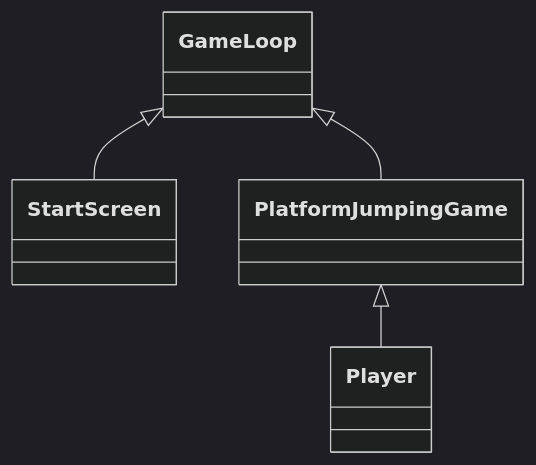
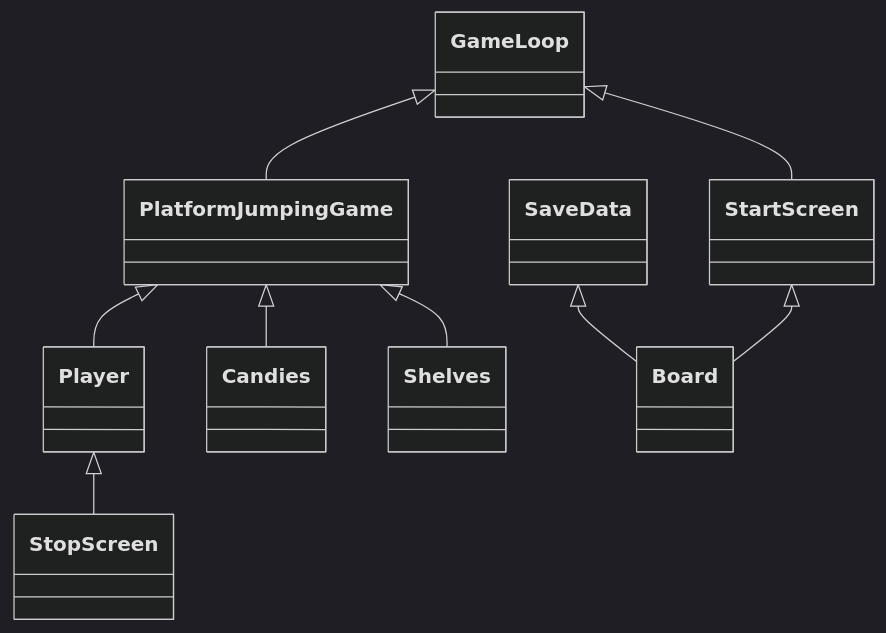
One commit to ElisaMero/ot_harjoitustyo changed the first of 2 diagrams in dokumentaatio/arkkitehtuuri.md. Above: the diagram before and after it, drawn with Mermaid (dark theme).

````diff
--- a/dokumentaatio/arkkitehtuuri.md
+++ b/dokumentaatio/arkkitehtuuri.md
@@ -1,8 +3,12 @@
 ```mermaid
 
 classDiagram
   GameLoop <|-- StartScreen
   GameLoop <|-- PlatformJumpingGame
   PlatformJumpingGame <|-- Player
-
+  PlatformJumpingGame <|-- Candies
+  PlatformJumpingGame <|-- Shelves
+  Player <|-- StopScreen
+  SaveData <|-- Board
+  StartScreen <|-- Board  
 ```
````
